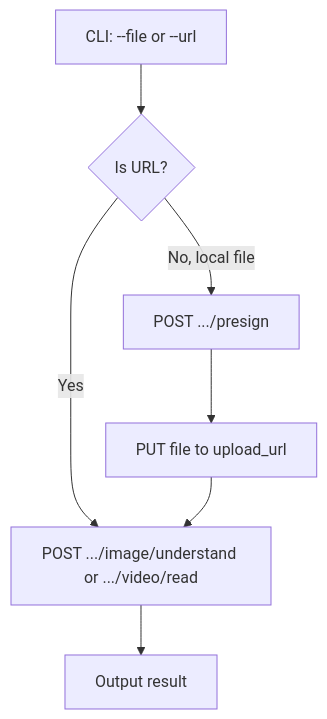
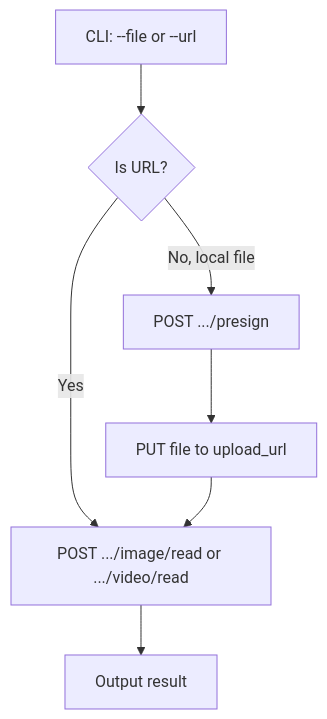
One commit to anycap-ai/anycap changed the second of 2 diagrams in docs/action/spec/capabilities-understand.md. Above: the diagram before and after it, drawn with Mermaid. The commit also changed other lines of this file and 63 other files, not shown here.

First line of the commit message:
refactor: rename image-understand to image-read across codebase

````diff
--- a/docs/action/spec/capabilities-understand.md
+++ b/docs/action/spec/capabilities-understand.md
@@ -164,9 +164,9 @@
 ```mermaid
 flowchart TD
     A[CLI: --file or --url] --> B{Is URL?}
-    B -->|Yes| D[POST .../image/understand or .../video/read]
+    B -->|Yes| D[POST .../image/read or .../video/read]
     B -->|No, local file| C[POST .../presign]
     C --> E[PUT file to upload_url]
     E --> D
     D --> F[Output result]
 ```
````
